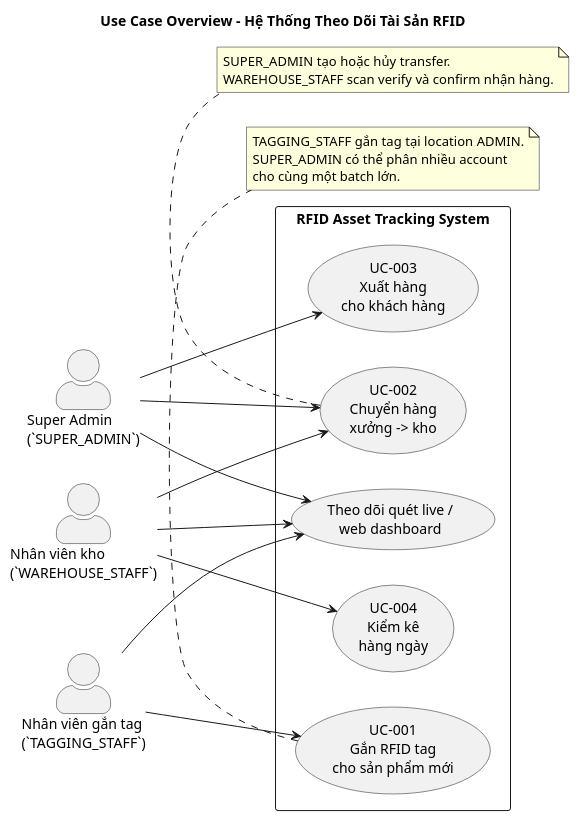
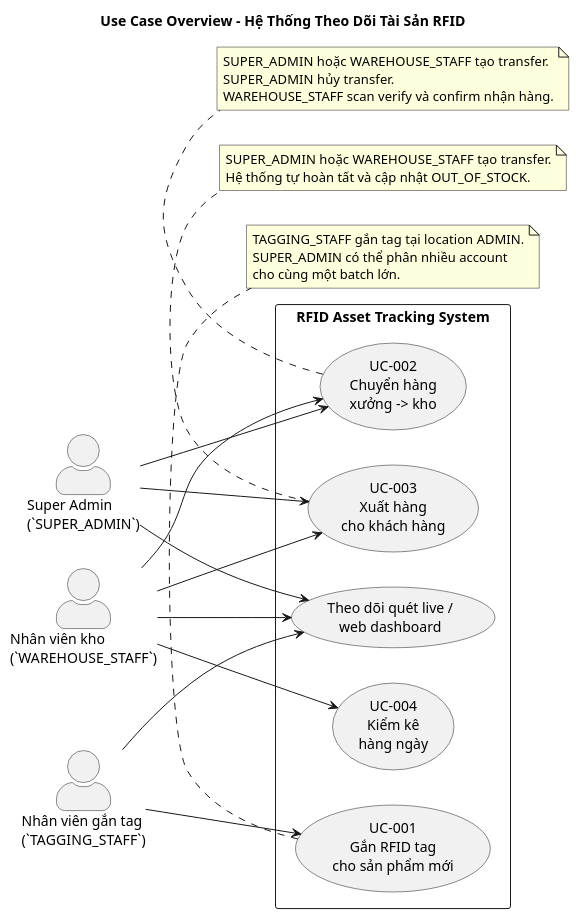
The diagram in docs/diagrams/rfid-usecase-overview.puml (Tuoi-SE/rfid-app), drawn with PlantUML before and after one commit. The commit also changed 5 other files, not shown here.

First line of the commit message:
fix: AdminGuard blocks SUPER_ADMIN access

```diff
--- a/docs/diagrams/rfid-usecase-overview.puml
+++ b/docs/diagrams/rfid-usecase-overview.puml
@@ -1,41 +1,48 @@
 @startuml
 title Use Case Overview - Hệ Thống Theo Dõi Tài Sản RFID
 
 left to right direction
 skinparam shadowing false
 skinparam actorStyle awesome
 skinparam packageStyle rectangle
 
 actor "Super Admin\n(`SUPER_ADMIN`)" as SA
 actor "Nhân viên gắn tag\n(`TAGGING_STAFF`)" as TS
 actor "Nhân viên kho\n(`WAREHOUSE_STAFF`)" as WS
 
 rectangle "RFID Asset Tracking System" {
   usecase "UC-001\nGắn RFID tag\ncho sản phẩm mới" as UC1
   usecase "UC-002\nChuyển hàng\nxưởng -> kho" as UC2
   usecase "UC-003\nXuất hàng\ncho khách hàng" as UC3
   usecase "UC-004\nKiểm kê\nhàng ngày" as UC4
   usecase "Theo dõi quét live /\nweb dashboard" as UCW
 }
 
 TS --> UC1
 SA --> UC2
 WS --> UC2
 SA --> UC3
+WS --> UC3
 WS --> UC4
 SA --> UCW
 TS --> UCW
 WS --> UCW
 
 note bottom of UC1
 TAGGING_STAFF gắn tag tại location ADMIN.
 SUPER_ADMIN có thể phân nhiều account
 cho cùng một batch lớn.
 end note
 
 note bottom of UC2
-SUPER_ADMIN tạo hoặc hủy transfer.
+SUPER_ADMIN hoặc WAREHOUSE_STAFF tạo transfer.
+SUPER_ADMIN hủy transfer.
 WAREHOUSE_STAFF scan verify và confirm nhận hàng.
 end note
 
+note bottom of UC3
+SUPER_ADMIN hoặc WAREHOUSE_STAFF tạo transfer.
+Hệ thống tự hoàn tất và cập nhật OUT_OF_STOCK.
+end note
+
 @enduml
```
